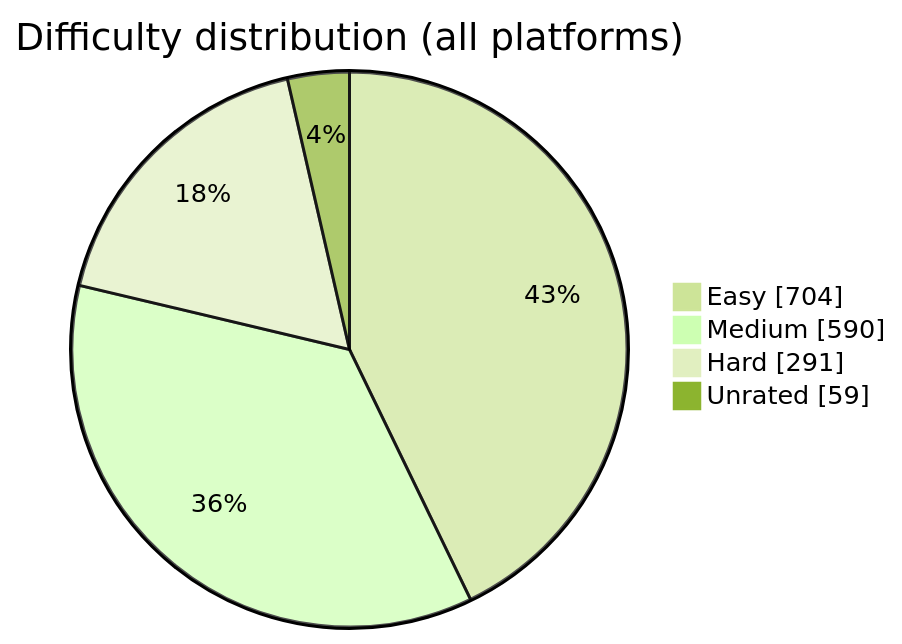
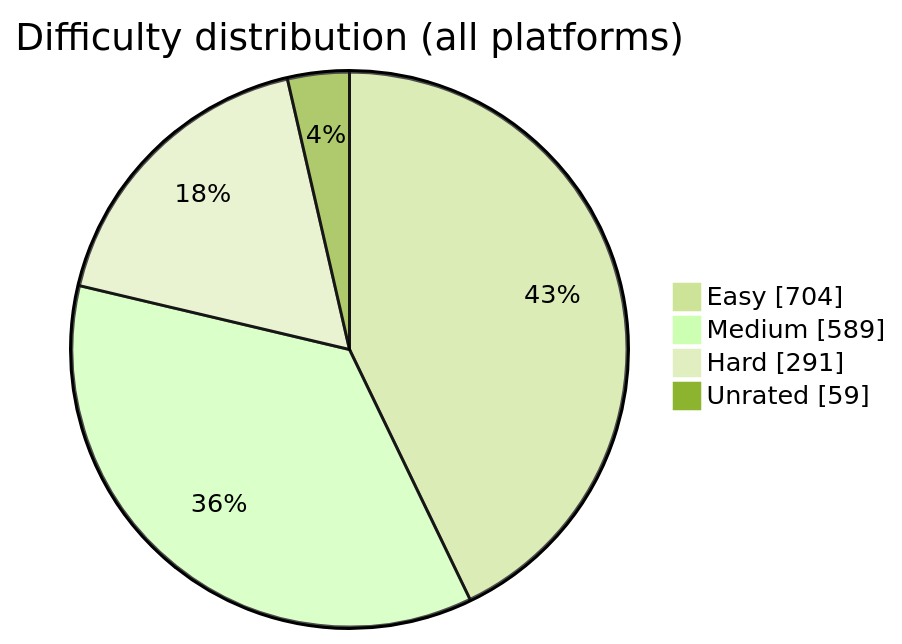
The diagram in README.md (BuildbyArindam/Daily-Coding-Log), drawn with Mermaid (forest theme) before and after one commit. The commit also changed other lines of this file, not shown here.

````diff
--- a/README.md
+++ b/README.md
@@ -93,7 +93,7 @@
 ```mermaid
 pie showData title Difficulty distribution (all platforms)
     "Easy" : 704
-    "Medium" : 590
+    "Medium" : 589
     "Hard" : 291
     "Unrated" : 59
 ```
````
